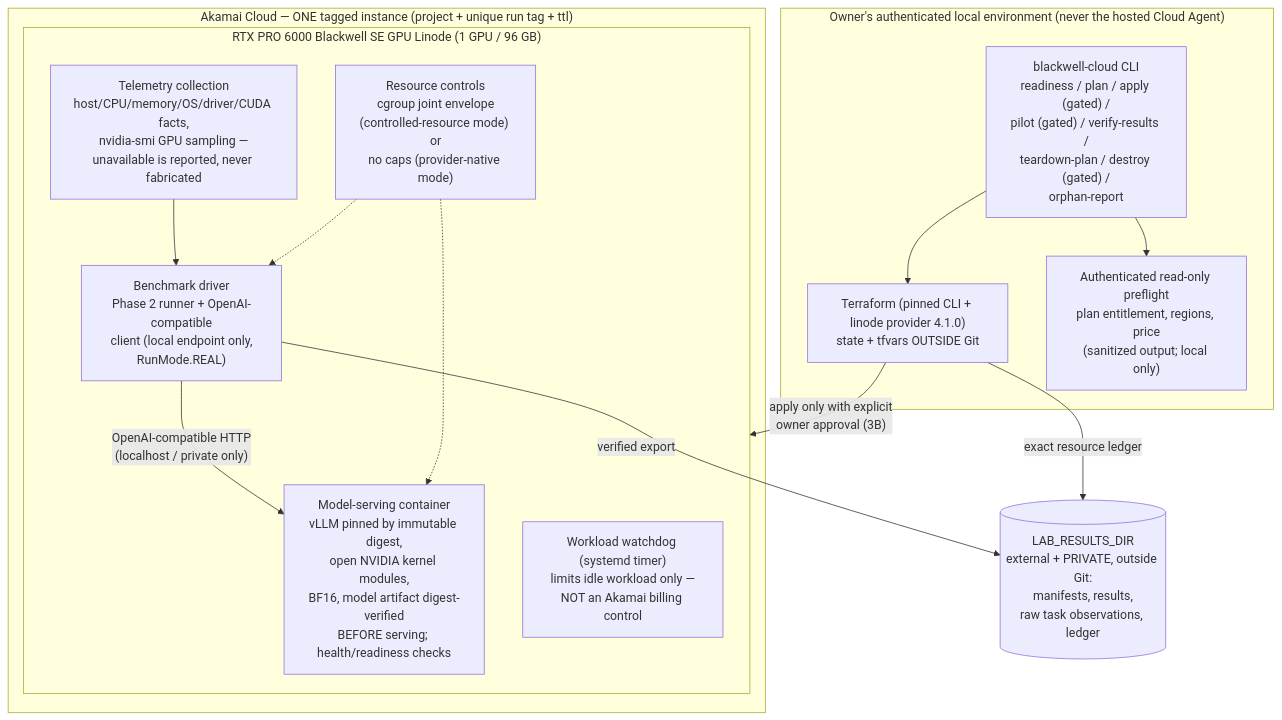
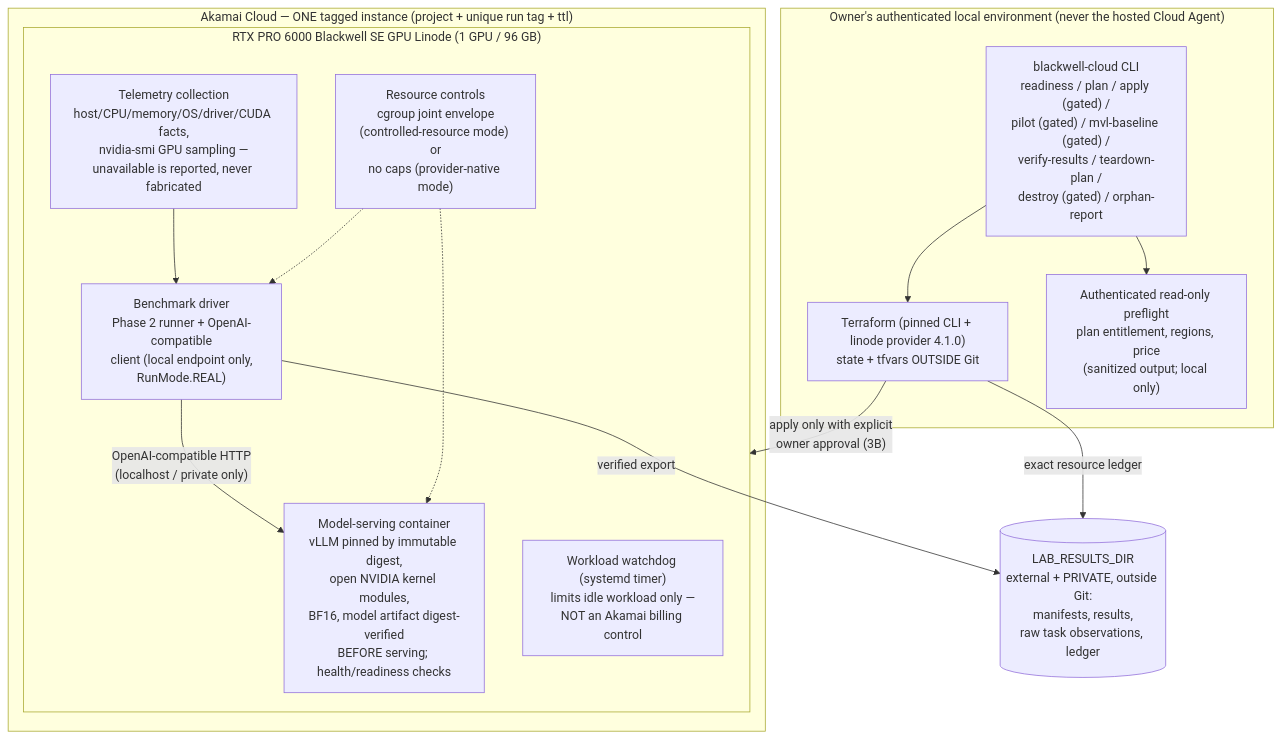
The third of 4 diagrams in docs/architecture.md (jgdynamite/blackwell-agentic-inference-lab), drawn with Mermaid before and after one commit. The commit also changed other lines of this file and 22 other files, not shown here.

````diff
--- a/docs/architecture.md
+++ b/docs/architecture.md
@@ -240,28 +239,28 @@
 ```mermaid
 flowchart TB
     subgraph operator["Owner's authenticated local environment (never the hosted Cloud Agent)"]
-        cli["blackwell-cloud CLI<br/>readiness / plan / apply (gated) /<br/>pilot (gated) / verify-results /<br/>teardown-plan / destroy (gated) /<br/>orphan-report"]
+        cli["blackwell-cloud CLI<br/>readiness / plan / apply (gated) /<br/>pilot (gated) / mvl-baseline (gated) /<br/>verify-results / teardown-plan /<br/>destroy (gated) / orphan-report"]
         tf["Terraform (pinned CLI + linode provider 4.1.0)<br/>state + tfvars OUTSIDE Git"]
         preflight["Authenticated read-only preflight<br/>plan entitlement, regions, price<br/>(sanitized output; local only)"]
     end
     subgraph akamai["Akamai Cloud — ONE tagged instance (project + unique run tag + ttl)"]
         subgraph inst["RTX PRO 6000 Blackwell SE GPU Linode (1 GPU / 96 GB)"]
             serving["Model-serving container<br/>vLLM pinned by immutable digest,<br/>open NVIDIA kernel modules,<br/>BF16, model artifact digest-verified<br/>BEFORE serving; health/readiness checks"]
             driver["Benchmark driver<br/>Phase 2 runner + OpenAI-compatible<br/>client (local endpoint only,<br/>RunMode.REAL)"]
             telem["Telemetry collection<br/>host/CPU/memory/OS/driver/CUDA facts,<br/>nvidia-smi GPU sampling —<br/>unavailable is reported, never fabricated"]
             limits["Resource controls<br/>cgroup joint envelope<br/>(controlled-resource mode) or<br/>no caps (provider-native mode)"]
             watchdog["Workload watchdog (systemd timer)<br/>limits idle workload only —<br/>NOT an Akamai billing control"]
         end
     end
     external[("LAB_RESULTS_DIR<br/>external + PRIVATE, outside Git:<br/>manifests, results,<br/>raw task observations, ledger")]
 
     cli --> tf
     tf -- "apply only with explicit<br/>owner approval (3B)" --> inst
     cli --> preflight
     driver -- "OpenAI-compatible HTTP<br/>(localhost / private only)" --> serving
     telem --> driver
     limits -.-> serving
     limits -.-> driver
     driver -- "verified export" --> external
     tf -- "exact resource ledger" --> external
 ```
````
